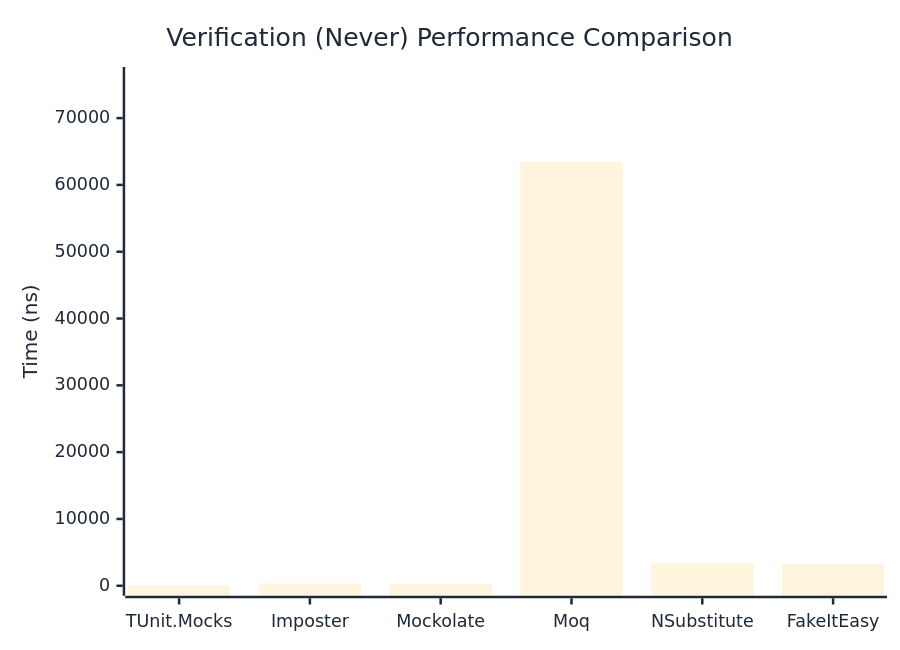
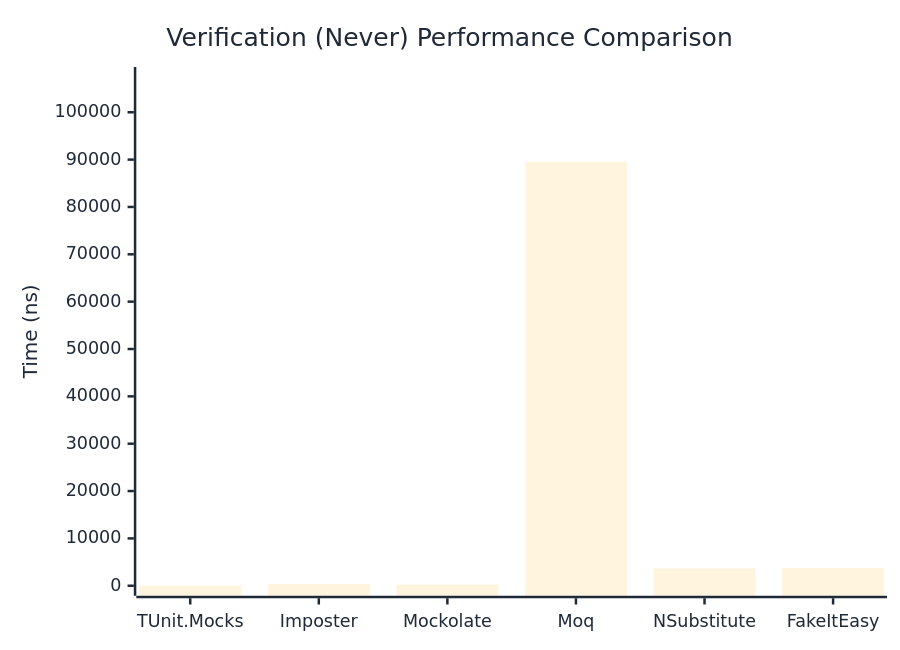
Before and after one commit to thomhurst/TUnit: the second of 3 diagrams in docs/docs/benchmarks/mocks/Verification.md, drawn with Mermaid. The commit also changed other lines of this file and 14 other files, not shown here.

````diff
--- a/docs/docs/benchmarks/mocks/Verification.md
+++ b/docs/docs/benchmarks/mocks/Verification.md
@@ -71,27 +71,27 @@
 ```mermaid
 %%{init: {
   'theme':'base',
   'themeVariables': {
     'primaryColor': '#2563eb',
     'primaryTextColor': '#1f2937',
     'primaryBorderColor': '#1e40af',
     'lineColor': '#6b7280',
     'secondaryColor': '#7c3aed',
     'tertiaryColor': '#dc2626',
     'background': '#ffffff',
     'pie1': '#2563eb',
     'pie2': '#7c3aed',
     'pie3': '#dc2626',
     'pie4': '#f59e0b',
     'pie5': '#10b981',
     'pie6': '#06b6d4',
     'pie7': '#ec4899',
     'pie8': '#6366f1'
   }
 }}%%
 xychart-beta
   title "Verification (Never) Performance Comparison"
   x-axis ["TUnit.Mocks", "Imposter", "Mockolate", "Moq", "NSubstitute", "FakeItEasy"]
-  y-axis "Time (ns)" 0 --> 76153
-  bar [56, 330.03, 242.3, 63460.69, 3353.24, 3282.62]
+  y-axis "Time (ns)" 0 --> 107447
+  bar [56.29, 344.95, 257.91, 89539.03, 3683.7, 3730.76]
 ```
````
